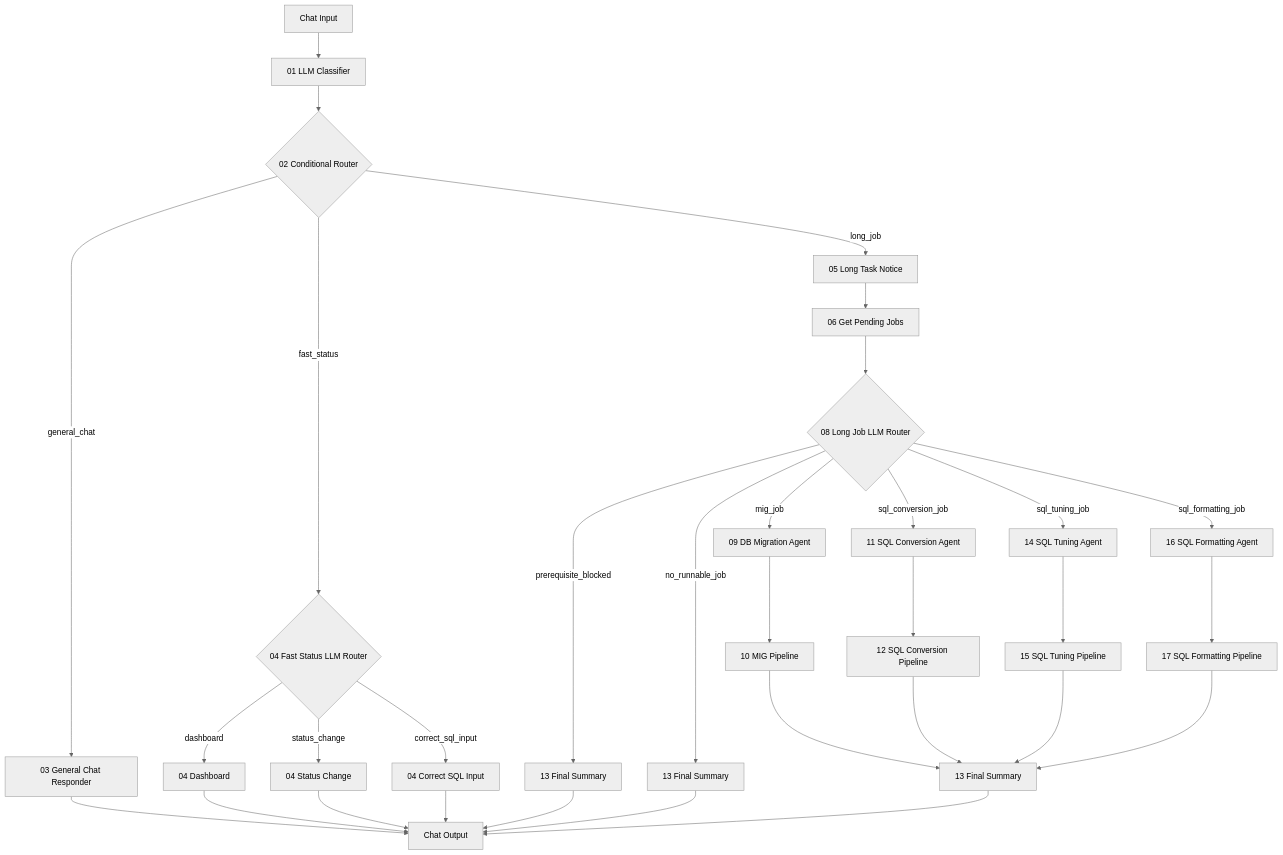
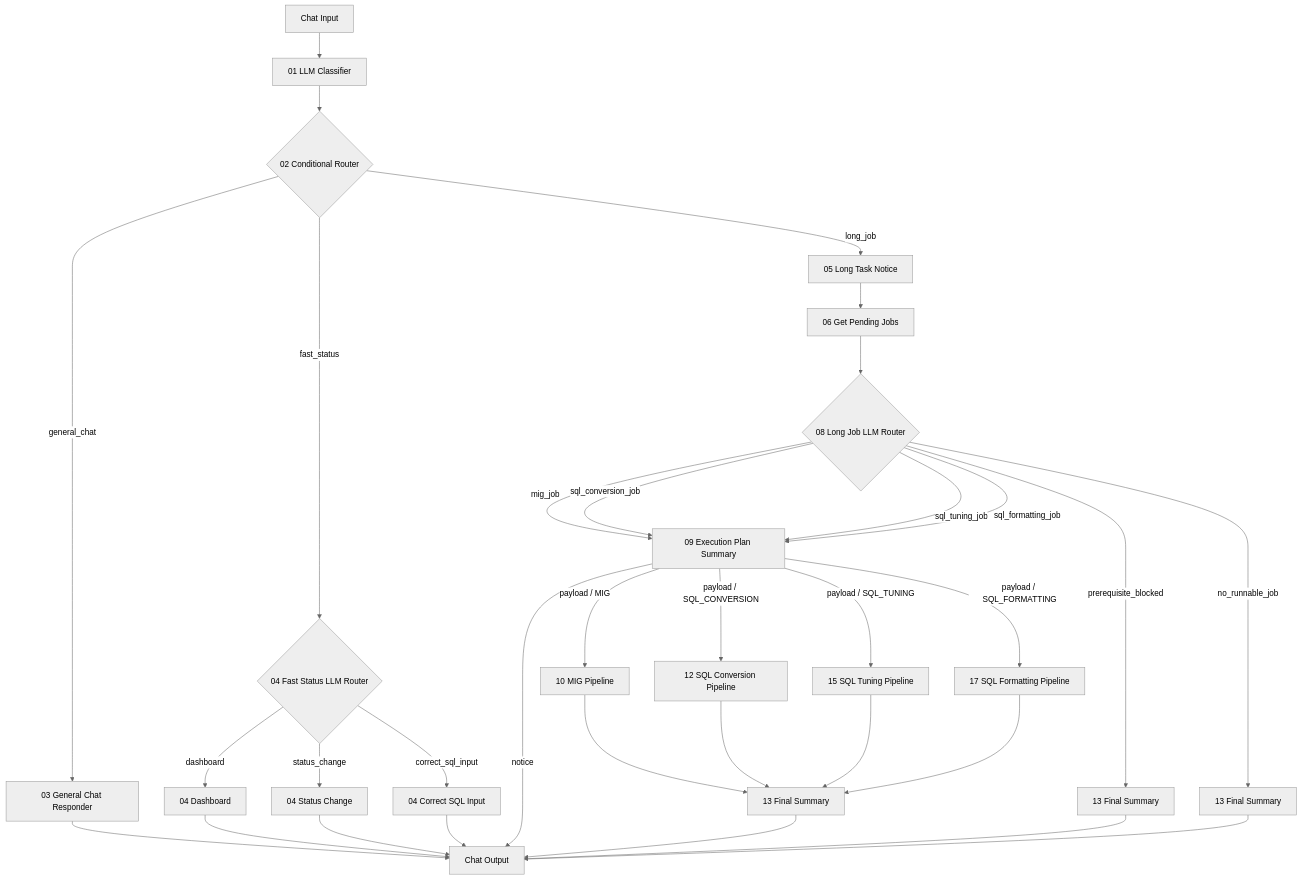
One commit to seongikjin227-jpg/refactoring_smartMigrate changed the diagram in langflow_260819_newType/01_architecture.md. Above: the diagram before and after it, drawn with Mermaid (neutral theme). The commit also changed other lines of this file and 8 other files, not shown here.

````diff
--- a/langflow_260819_newType/01_architecture.md
+++ b/langflow_260819_newType/01_architecture.md
@@ -14,44 +14,43 @@
 ```mermaid
 flowchart TD
     A["Chat Input"] --> B["01 LLM Classifier"]
     B --> C{"02 Conditional Router"}
 
     C -->|general_chat| D["03 General Chat Responder"]
     C -->|fast_status| E{"04 Fast Status LLM Router"}
     C -->|long_job| F["05 Long Task Notice"]
 
     E -->|dashboard| E1["04 Dashboard"]
     E -->|status_change| E2["04 Status Change"]
     E -->|correct_sql_input| E3["04 Correct SQL Input"]
 
     F --> G["06 Get Pending Jobs"]
     G --> H{"08 Long Job LLM Router"}
 
-    H -->|mig_job| I["09 DB Migration Agent"]
-    I --> I2["10 MIG Pipeline"]
+    H -->|mig_job| P["09 Execution Plan Summary"]
+    H -->|sql_conversion_job| P
+    H -->|sql_tuning_job| P
+    H -->|sql_formatting_job| P
 
-    H -->|sql_conversion_job| J["11 SQL Conversion Agent"]
-    J --> J2["12 SQL Conversion Pipeline"]
+    P -->|notice| OUT["Chat Output"]
+    P -->|payload / MIG| M["10 MIG Pipeline"]
+    P -->|payload / SQL_CONVERSION| C2["12 SQL Conversion Pipeline"]
+    P -->|payload / SQL_TUNING| T2["15 SQL Tuning Pipeline"]
+    P -->|payload / SQL_FORMATTING| F2["17 SQL Formatting Pipeline"]
 
-    H -->|sql_tuning_job| K["14 SQL Tuning Agent"]
-    K --> K2["15 SQL Tuning Pipeline"]
+    H -->|prerequisite_blocked| S1["13 Final Summary"]
+    H -->|no_runnable_job| S2["13 Final Summary"]
 
-    H -->|sql_formatting_job| L["16 SQL Formatting Agent"]
-    L --> L2["17 SQL Formatting Pipeline"]
+    M --> S3["13 Final Summary"]
+    C2 --> S3
+    T2 --> S3
+    F2 --> S3
 
-    H -->|prerequisite_blocked| M["13 Final Summary"]
-    H -->|no_runnable_job| N["13 Final Summary"]
-
-    I2 --> Z1["13 Final Summary"]
-    J2 --> Z1
-    K2 --> Z1
-    L2 --> Z1
-
-    D --> OUT["Chat Output"]
+    D --> OUT
     E1 --> OUT
     E2 --> OUT
     E3 --> OUT
-    M --> OUT
-    N --> OUT
-    Z1 --> OUT
+    S1 --> OUT
+    S2 --> OUT
+    S3 --> OUT
 ```
````
